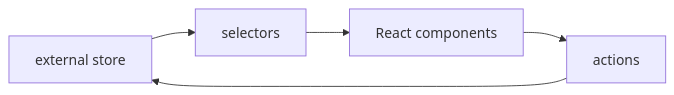
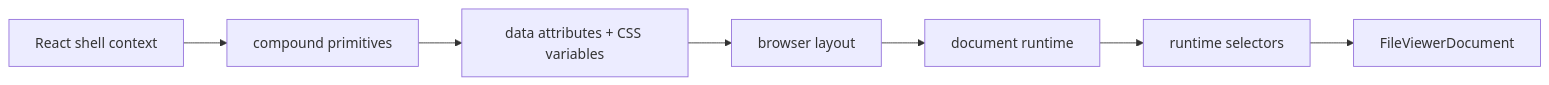
Diagram 21 of 26 in design/universal-file-viewer-greenfield-blueprint.md (retab-dev/retab-ui), drawn with Mermaid before and after one commit. The commit also changed other lines of this file, not shown here.

Commit message:
update file viewer blueprint

````diff
--- a/design/universal-file-viewer-greenfield-blueprint.md
+++ b/design/universal-file-viewer-greenfield-blueprint.md
@@ -727,7 +826,9 @@
 ```mermaid
 flowchart LR
-  Store["external store"] --> Selectors["selectors"]
-  Selectors --> React["React components"]
-  React --> Actions["actions"]
-  Actions --> Store
+  ShellContext["React shell context"] --> Primitives["compound primitives"]
+  Primitives --> DOM["data attributes + CSS variables"]
+  DOM --> CSS["browser layout"]
+  CSS --> Runtime["document runtime"]
+  Runtime --> Selectors["runtime selectors"]
+  Selectors --> Document["FileViewerDocument"]
 ```
````
